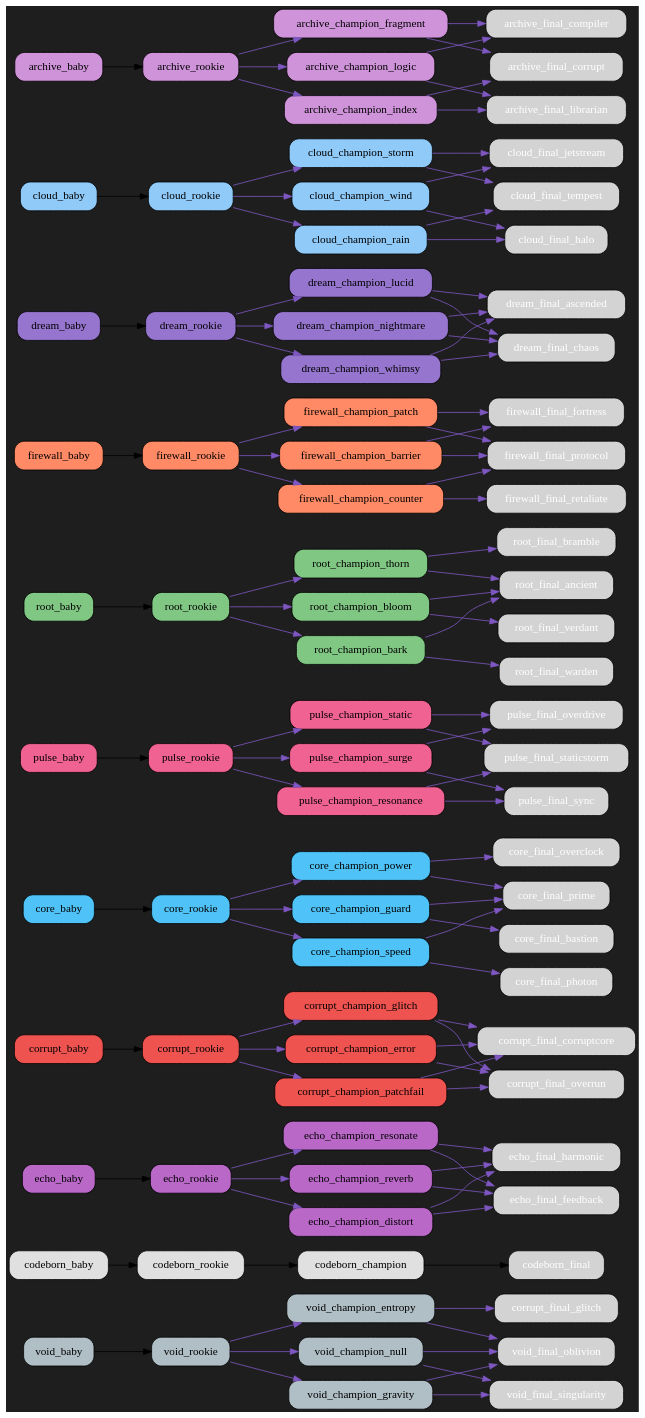
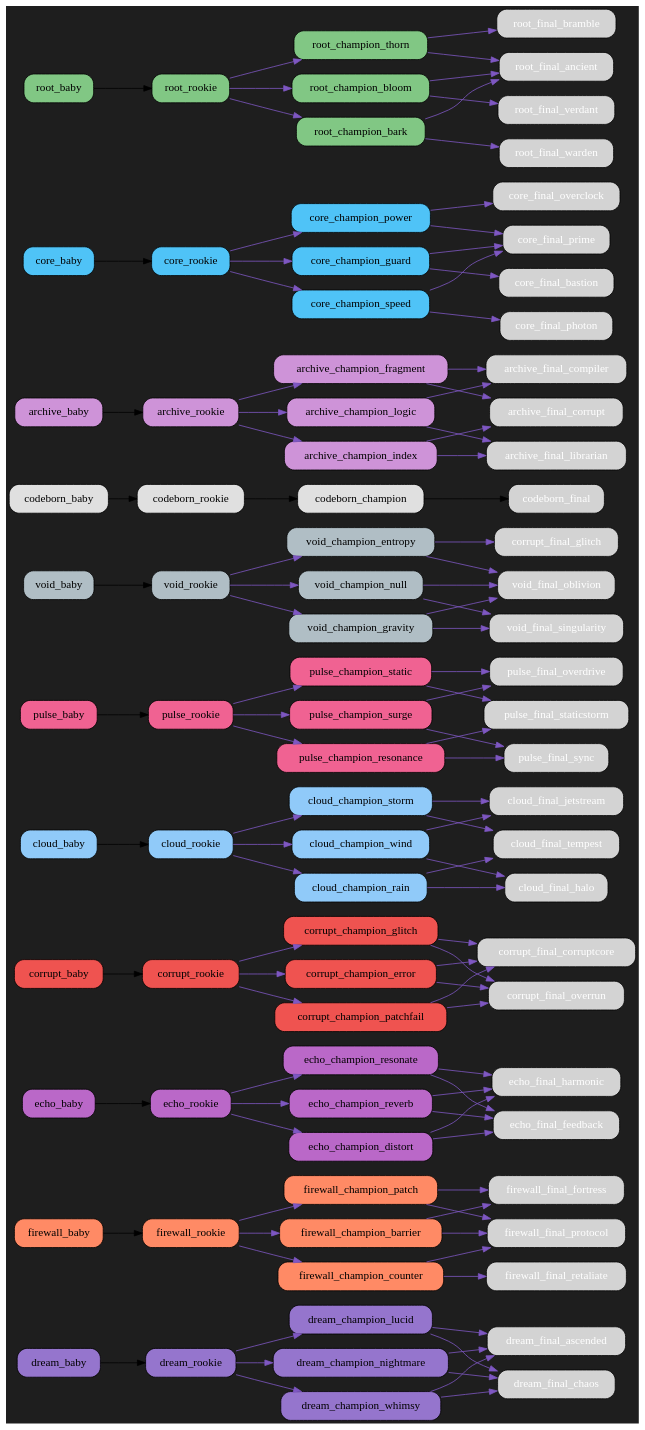
One commit to bwlight/NetGrid changed the diagram in src/netgrid/systems/evolution/graphs/dark/evolution_graph_dark.dot. Above: the diagram before and after it, drawn with Graphviz. The commit also changed other lines of this file and 8 other files, not shown here.

Commit message:
Auto-update evolution graphs

```diff
--- a/src/netgrid/systems/evolution/graphs/dark/evolution_graph_dark.dot
+++ b/src/netgrid/systems/evolution/graphs/dark/evolution_graph_dark.dot
@@ -2,27 +2,36 @@
   rankdir=LR;
   bgcolor="#1e1e1e";
   node [shape=box, style="rounded,filled", fontcolor="white"];
-  "void_baby" [fillcolor="#b0bec5", fontcolor="black"];
-  "void_baby" -> "void_rookie";
-  "void_rookie" [fillcolor="#b0bec5", fontcolor="black"];
-  "void_rookie" -> "void_champion_entropy" [color="#7e57c2"];
-  "void_rookie" -> "void_champion_gravity" [color="#7e57c2"];
-  "void_rookie" -> "void_champion_null" [color="#7e57c2"];
-  "void_champion_entropy" [fillcolor="#b0bec5", fontcolor="black"];
-  "void_champion_entropy" -> "corrupt_final_glitch" [color="#7e57c2"];
-  "void_champion_entropy" -> "void_final_oblivion" [color="#7e57c2"];
-  "void_champion_gravity" [fillcolor="#b0bec5", fontcolor="black"];
-  "void_champion_gravity" -> "void_final_singularity" [color="#7e57c2"];
-  "void_champion_gravity" -> "void_final_oblivion" [color="#7e57c2"];
-  "void_champion_null" [fillcolor="#b0bec5", fontcolor="black"];
-  "void_champion_null" -> "void_final_oblivion" [color="#7e57c2"];
-  "void_champion_null" -> "void_final_singularity" [color="#7e57c2"];
-  "codeborn_baby" [fillcolor="#e0e0e0", fontcolor="black"];
-  "codeborn_baby" -> "codeborn_rookie";
-  "codeborn_rookie" [fillcolor="#e0e0e0", fontcolor="black"];
-  "codeborn_rookie" -> "codeborn_champion";
-  "codeborn_champion" [fillcolor="#e0e0e0", fontcolor="black"];
-  "codeborn_champion" -> "codeborn_final";
+  "dream_baby" [fillcolor="#9575cd", fontcolor="black"];
+  "dream_baby" -> "dream_rookie";
+  "dream_rookie" [fillcolor="#9575cd", fontcolor="black"];
+  "dream_rookie" -> "dream_champion_lucid" [color="#7e57c2"];
+  "dream_rookie" -> "dream_champion_nightmare" [color="#7e57c2"];
+  "dream_rookie" -> "dream_champion_whimsy" [color="#7e57c2"];
+  "dream_champion_lucid" [fillcolor="#9575cd", fontcolor="black"];
+  "dream_champion_lucid" -> "dream_final_ascended" [color="#7e57c2"];
+  "dream_champion_lucid" -> "dream_final_chaos" [color="#7e57c2"];
+  "dream_champion_nightmare" [fillcolor="#9575cd", fontcolor="black"];
+  "dream_champion_nightmare" -> "dream_final_chaos" [color="#7e57c2"];
+  "dream_champion_nightmare" -> "dream_final_ascended" [color="#7e57c2"];
+  "dream_champion_whimsy" [fillcolor="#9575cd", fontcolor="black"];
+  "dream_champion_whimsy" -> "dream_final_ascended" [color="#7e57c2"];
+  "dream_champion_whimsy" -> "dream_final_chaos" [color="#7e57c2"];
+  "firewall_baby" [fillcolor="#ff8a65", fontcolor="black"];
+  "firewall_baby" -> "firewall_rookie";
+  "firewall_rookie" [fillcolor="#ff8a65", fontcolor="black"];
+  "firewall_rookie" -> "firewall_champion_barrier" [color="#7e57c2"];
+  "firewall_rookie" -> "firewall_champion_counter" [color="#7e57c2"];
+  "firewall_rookie" -> "firewall_champion_patch" [color="#7e57c2"];
+  "firewall_champion_barrier" [fillcolor="#ff8a65", fontcolor="black"];
+  "firewall_champion_barrier" -> "firewall_final_fortress" [color="#7e57c2"];
+  "firewall_champion_barrier" -> "firewall_final_protocol" [color="#7e57c2"];
+  "firewall_champion_counter" [fillcolor="#ff8a65", fontcolor="black"];
+  "firewall_champion_counter" -> "firewall_final_retaliate" [color="#7e57c2"];
+  "firewall_champion_counter" -> "firewall_final_protocol" [color="#7e57c2"];
+  "firewall_champion_patch" [fillcolor="#ff8a65", fontcolor="black"];
+  "firewall_champion_patch" -> "firewall_final_protocol" [color="#7e57c2"];
+  "firewall_champion_patch" -> "firewall_final_fortress" [color="#7e57c2"];
   "echo_baby" [fillcolor="#ba68c8", fontcolor="black"];
   "echo_baby" -> "echo_rookie";
   "echo_rookie" [fillcolor="#ba68c8", fontcolor="black"];
@@ -53,6 +62,72 @@
   "corrupt_champion_patchfail" [fillcolor="#ef5350", fontcolor="black"];
   "corrupt_champion_patchfail" -> "corrupt_final_corruptcore" [color="#7e57c2"];
   "corrupt_champion_patchfail" -> "corrupt_final_overrun" [color="#7e57c2"];
+  "cloud_baby" [fillcolor="#90caf9", fontcolor="black"];
+  "cloud_baby" -> "cloud_rookie";
+  "cloud_rookie" [fillcolor="#90caf9", fontcolor="black"];
+  "cloud_rookie" -> "cloud_champion_wind" [color="#7e57c2"];
+  "cloud_rookie" -> "cloud_champion_rain" [color="#7e57c2"];
+  "cloud_rookie" -> "cloud_champion_storm" [color="#7e57c2"];
+  "cloud_champion_wind" [fillcolor="#90caf9", fontcolor="black"];
+  "cloud_champion_wind" -> "cloud_final_jetstream" [color="#7e57c2"];
+  "cloud_champion_wind" -> "cloud_final_halo" [color="#7e57c2"];
+  "cloud_champion_rain" [fillcolor="#90caf9", fontcolor="black"];
+  "cloud_champion_rain" -> "cloud_final_halo" [color="#7e57c2"];
+  "cloud_champion_rain" -> "cloud_final_tempest" [color="#7e57c2"];
+  "cloud_champion_storm" [fillcolor="#90caf9", fontcolor="black"];
+  "cloud_champion_storm" -> "cloud_final_tempest" [color="#7e57c2"];
+  "cloud_champion_storm" -> "cloud_final_jetstream" [color="#7e57c2"];
+  "pulse_baby" [fillcolor="#f06292", fontcolor="black"];
+  "pulse_baby" -> "pulse_rookie";
+  "pulse_rookie" [fillcolor="#f06292", fontcolor="black"];
+  "pulse_rookie" -> "pulse_champion_surge" [color="#7e57c2"];
+  "pulse_rookie" -> "pulse_champion_resonance" [color="#7e57c2"];
+  "pulse_rookie" -> "pulse_champion_static" [color="#7e57c2"];
+  "pulse_champion_surge" [fillcolor="#f06292", fontcolor="black"];
+  "pulse_champion_surge" -> "pulse_final_overdrive" [color="#7e57c2"];
+  "pulse_champion_surge" -> "pulse_final_sync" [color="#7e57c2"];
+  "pulse_champion_resonance" [fillcolor="#f06292", fontcolor="black"];
+  "pulse_champion_resonance" -> "pulse_final_sync" [color="#7e57c2"];
+  "pulse_champion_resonance" -> "pulse_final_staticstorm" [color="#7e57c2"];
+  "pulse_champion_static" [fillcolor="#f06292", fontcolor="black"];
+  "pulse_champion_static" -> "pulse_final_staticstorm" [color="#7e57c2"];
+  "pulse_champion_static" -> "pulse_final_overdrive" [color="#7e57c2"];
+  "void_baby" [fillcolor="#b0bec5", fontcolor="black"];
+  "void_baby" -> "void_rookie";
+  "void_rookie" [fillcolor="#b0bec5", fontcolor="black"];
+  "void_rookie" -> "void_champion_entropy" [color="#7e57c2"];
+  "void_rookie" -> "void_champion_gravity" [color="#7e57c2"];
+  "void_rookie" -> "void_champion_null" [color="#7e57c2"];
+  "void_champion_entropy" [fillcolor="#b0bec5", fontcolor="black"];
+  "void_champion_entropy" -> "corrupt_final_glitch" [color="#7e57c2"];
+  "void_champion_entropy" -> "void_final_oblivion" [color="#7e57c2"];
+  "void_champion_gravity" [fillcolor="#b0bec5", fontcolor="black"];
+  "void_champion_gravity" -> "void_final_singularity" [color="#7e57c2"];
+  "void_champion_gravity" -> "void_final_oblivion" [color="#7e57c2"];
+  "void_champion_null" [fillcolor="#b0bec5", fontcolor="black"];
+  "void_champion_null" -> "void_final_oblivion" [color="#7e57c2"];
+  "void_champion_null" -> "void_final_singularity" [color="#7e57c2"];
+  "codeborn_baby" [fillcolor="#e0e0e0", fontcolor="black"];
+  "codeborn_baby" -> "codeborn_rookie";
+  "codeborn_rookie" [fillcolor="#e0e0e0", fontcolor="black"];
+  "codeborn_rookie" -> "codeborn_champion";
+  "codeborn_champion" [fillcolor="#e0e0e0", fontcolor="black"];
+  "codeborn_champion" -> "codeborn_final";
+  "archive_baby" [fillcolor="#ce93d8", fontcolor="black"];
+  "archive_baby" -> "archive_rookie";
+  "archive_rookie" [fillcolor="#ce93d8", fontcolor="black"];
+  "archive_rookie" -> "archive_champion_logic" [color="#7e57c2"];
+  "archive_rookie" -> "archive_champion_index" [color="#7e57c2"];
+  "archive_rookie" -> "archive_champion_fragment" [color="#7e57c2"];
+  "archive_champion_logic" [fillcolor="#ce93d8", fontcolor="black"];
+  "archive_champion_logic" -> "archive_final_compiler" [color="#7e57c2"];
+  "archive_champion_logic" -> "archive_final_librarian" [color="#7e57c2"];
+  "archive_champion_index" [fillcolor="#ce93d8", fontcolor="black"];
+  "archive_champion_index" -> "archive_final_librarian" [color="#7e57c2"];
+  "archive_champion_index" -> "archive_final_corrupt" [color="#7e57c2"];
+  "archive_champion_fragment" [fillcolor="#ce93d8", fontcolor="black"];
+  "archive_champion_fragment" -> "archive_final_corrupt" [color="#7e57c2"];
+  "archive_champion_fragment" -> "archive_final_compiler" [color="#7e57c2"];
   "core_baby" [fillcolor="#4fc3f7", fontcolor="black"];
   "core_baby" -> "core_rookie";
   "core_rookie" [fillcolor="#4fc3f7", fontcolor="black"];
@@ -68,21 +143,6 @@
   "core_champion_speed" [fillcolor="#4fc3f7", fontcolor="black"];
   "core_champion_speed" -> "core_final_photon" [color="#7e57c2"];
   "core_champion_speed" -> "core_final_prime" [color="#7e57c2"];
-  "pulse_baby" [fillcolor="#f06292", fontcolor="black"];
-  "pulse_baby" -> "pulse_rookie";
-  "pulse_rookie" [fillcolor="#f06292", fontcolor="black"];
-  "pulse_rookie" -> "pulse_champion_surge" [color="#7e57c2"];
-  "pulse_rookie" -> "pulse_champion_resonance" [color="#7e57c2"];
-  "pulse_rookie" -> "pulse_champion_static" [color="#7e57c2"];
-  "pulse_champion_surge" [fillcolor="#f06292", fontcolor="black"];
-  "pulse_champion_surge" -> "pulse_final_overdrive" [color="#7e57c2"];
-  "pulse_champion_surge" -> "pulse_final_sync" [color="#7e57c2"];
-  "pulse_champion_resonance" [fillcolor="#f06292", fontcolor="black"];
-  "pulse_champion_resonance" -> "pulse_final_sync" [color="#7e57c2"];
-  "pulse_champion_resonance" -> "pulse_final_staticstorm" [color="#7e57c2"];
-  "pulse_champion_static" [fillcolor="#f06292", fontcolor="black"];
-  "pulse_champion_static" -> "pulse_final_staticstorm" [color="#7e57c2"];
-  "pulse_champion_static" -> "pulse_final_overdrive" [color="#7e57c2"];
   "root_baby" [fillcolor="#81c784", fontcolor="black"];
   "root_baby" -> "root_rookie";
   "root_rookie" [fillcolor="#81c784", fontcolor="black"];
@@ -98,64 +158,4 @@
   "root_champion_bark" [fillcolor="#81c784", fontcolor="black"];
   "root_champion_bark" -> "root_final_warden" [color="#7e57c2"];
   "root_champion_bark" -> "root_final_ancient" [color="#7e57c2"];
-  "firewall_baby" [fillcolor="#ff8a65", fontcolor="black"];
-  "firewall_baby" -> "firewall_rookie";
-  "firewall_rookie" [fillcolor="#ff8a65", fontcolor="black"];
-  "firewall_rookie" -> "firewall_champion_barrier" [color="#7e57c2"];
-  "firewall_rookie" -> "firewall_champion_counter" [color="#7e57c2"];
-  "firewall_rookie" -> "firewall_champion_patch" [color="#7e57c2"];
-  "firewall_champion_barrier" [fillcolor="#ff8a65", fontcolor="black"];
-  "firewall_champion_barrier" -> "firewall_final_fortress" [color="#7e57c2"];
-  "firewall_champion_barrier" -> "firewall_final_protocol" [color="#7e57c2"];
-  "firewall_champion_counter" [fillcolor="#ff8a65", fontcolor="black"];
-  "firewall_champion_counter" -> "firewall_final_retaliate" [color="#7e57c2"];
-  "firewall_champion_counter" -> "firewall_final_protocol" [color="#7e57c2"];
-  "firewall_champion_patch" [fillcolor="#ff8a65", fontcolor="black"];
-  "firewall_champion_patch" -> "firewall_final_protocol" [color="#7e57c2"];
-  "firewall_champion_patch" -> "firewall_final_fortress" [color="#7e57c2"];
-  "dream_baby" [fillcolor="#9575cd", fontcolor="black"];
-  "dream_baby" -> "dream_rookie";
-  "dream_rookie" [fillcolor="#9575cd", fontcolor="black"];
-  "dream_rookie" -> "dream_champion_lucid" [color="#7e57c2"];
-  "dream_rookie" -> "dream_champion_nightmare" [color="#7e57c2"];
-  "dream_rookie" -> "dream_champion_whimsy" [color="#7e57c2"];
-  "dream_champion_lucid" [fillcolor="#9575cd", fontcolor="black"];
-  "dream_champion_lucid" -> "dream_final_ascended" [color="#7e57c2"];
-  "dream_champion_lucid" -> "dream_final_chaos" [color="#7e57c2"];
-  "dream_champion_nightmare" [fillcolor="#9575cd", fontcolor="black"];
-  "dream_champion_nightmare" -> "dream_final_chaos" [color="#7e57c2"];
-  "dream_champion_nightmare" -> "dream_final_ascended" [color="#7e57c2"];
-  "dream_champion_whimsy" [fillcolor="#9575cd", fontcolor="black"];
-  "dream_champion_whimsy" -> "dream_final_ascended" [color="#7e57c2"];
-  "dream_champion_whimsy" -> "dream_final_chaos" [color="#7e57c2"];
-  "cloud_baby" [fillcolor="#90caf9", fontcolor="black"];
-  "cloud_baby" -> "cloud_rookie";
-  "cloud_rookie" [fillcolor="#90caf9", fontcolor="black"];
-  "cloud_rookie" -> "cloud_champion_wind" [color="#7e57c2"];
-  "cloud_rookie" -> "cloud_champion_rain" [color="#7e57c2"];
-  "cloud_rookie" -> "cloud_champion_storm" [color="#7e57c2"];
-  "cloud_champion_wind" [fillcolor="#90caf9", fontcolor="black"];
-  "cloud_champion_wind" -> "cloud_final_jetstream" [color="#7e57c2"];
-  "cloud_champion_wind" -> "cloud_final_halo" [color="#7e57c2"];
-  "cloud_champion_rain" [fillcolor="#90caf9", fontcolor="black"];
-  "cloud_champion_rain" -> "cloud_final_halo" [color="#7e57c2"];
-  "cloud_champion_rain" -> "cloud_final_tempest" [color="#7e57c2"];
-  "cloud_champion_storm" [fillcolor="#90caf9", fontcolor="black"];
-  "cloud_champion_storm" -> "cloud_final_tempest" [color="#7e57c2"];
-  "cloud_champion_storm" -> "cloud_final_jetstream" [color="#7e57c2"];
-  "archive_baby" [fillcolor="#ce93d8", fontcolor="black"];
-  "archive_baby" -> "archive_rookie";
-  "archive_rookie" [fillcolor="#ce93d8", fontcolor="black"];
-  "archive_rookie" -> "archive_champion_logic" [color="#7e57c2"];
-  "archive_rookie" -> "archive_champion_index" [color="#7e57c2"];
-  "archive_rookie" -> "archive_champion_fragment" [color="#7e57c2"];
-  "archive_champion_logic" [fillcolor="#ce93d8", fontcolor="black"];
-  "archive_champion_logic" -> "archive_final_compiler" [color="#7e57c2"];
-  "archive_champion_logic" -> "archive_final_librarian" [color="#7e57c2"];
-  "archive_champion_index" [fillcolor="#ce93d8", fontcolor="black"];
-  "archive_champion_index" -> "archive_final_librarian" [color="#7e57c2"];
-  "archive_champion_index" -> "archive_final_corrupt" [color="#7e57c2"];
-  "archive_champion_fragment" [fillcolor="#ce93d8", fontcolor="black"];
-  "archive_champion_fragment" -> "archive_final_corrupt" [color="#7e57c2"];
-  "archive_champion_fragment" -> "archive_final_compiler" [color="#7e57c2"];
 }
```
